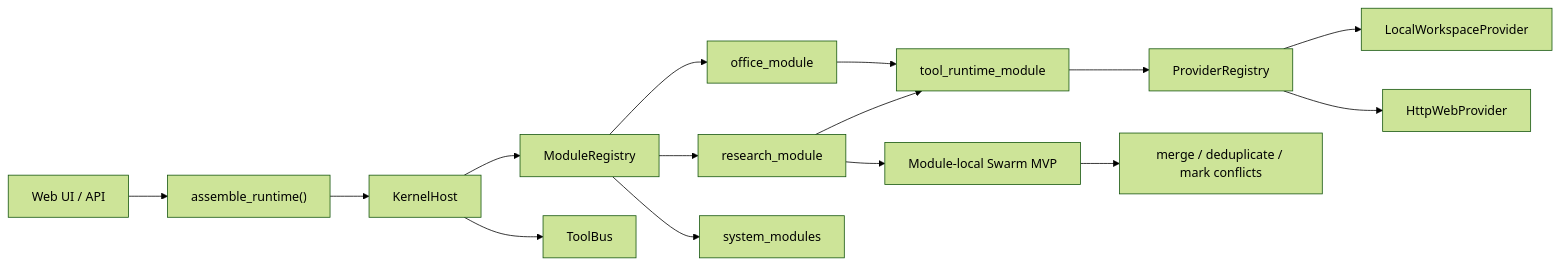
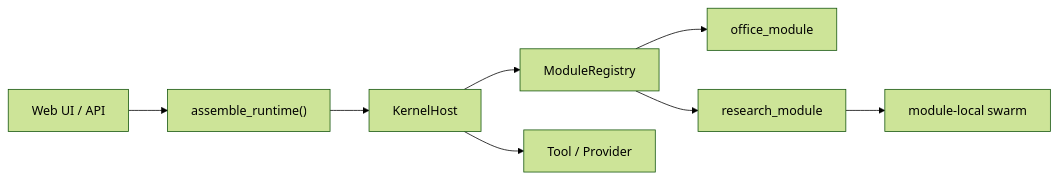
One commit to honhwa/Multi_Agent_Team changed the diagram in README.en.md. Above: the diagram before and after it, drawn with Mermaid (forest theme). The commit also changed other lines of this file and 16 other files, not shown here.

````diff
--- a/README.en.md
+++ b/README.en.md
@@ -78,21 +75,10 @@
 ```mermaid
 flowchart LR
     UI["Web UI / API"] --> Assemble["assemble_runtime()"]
     Assemble --> Kernel["KernelHost"]
     Kernel --> Registry["ModuleRegistry"]
-    Kernel --> ToolBus["ToolBus"]
-
+    Kernel --> ToolBus["Tool / Provider"]
     Registry --> Office["office_module"]
     Registry --> Research["research_module"]
-    Registry --> System["system_modules"]
-
-    Office --> ToolRuntime["tool_runtime_module"]
-    Research --> ToolRuntime
-    ToolRuntime --> ProviderRegistry["ProviderRegistry"]
-
-    ProviderRegistry --> Workspace["LocalWorkspaceProvider"]
-    ProviderRegistry --> Web["HttpWebProvider"]
-
-    Research --> Swarm["Module-local Swarm MVP"]
-    Swarm --> Aggregator["merge / deduplicate / mark conflicts"]
+    Research --> Swarm["module-local swarm"]
 ```
````
